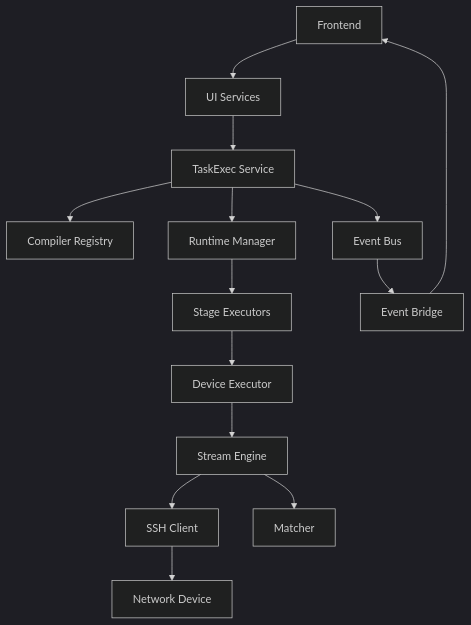
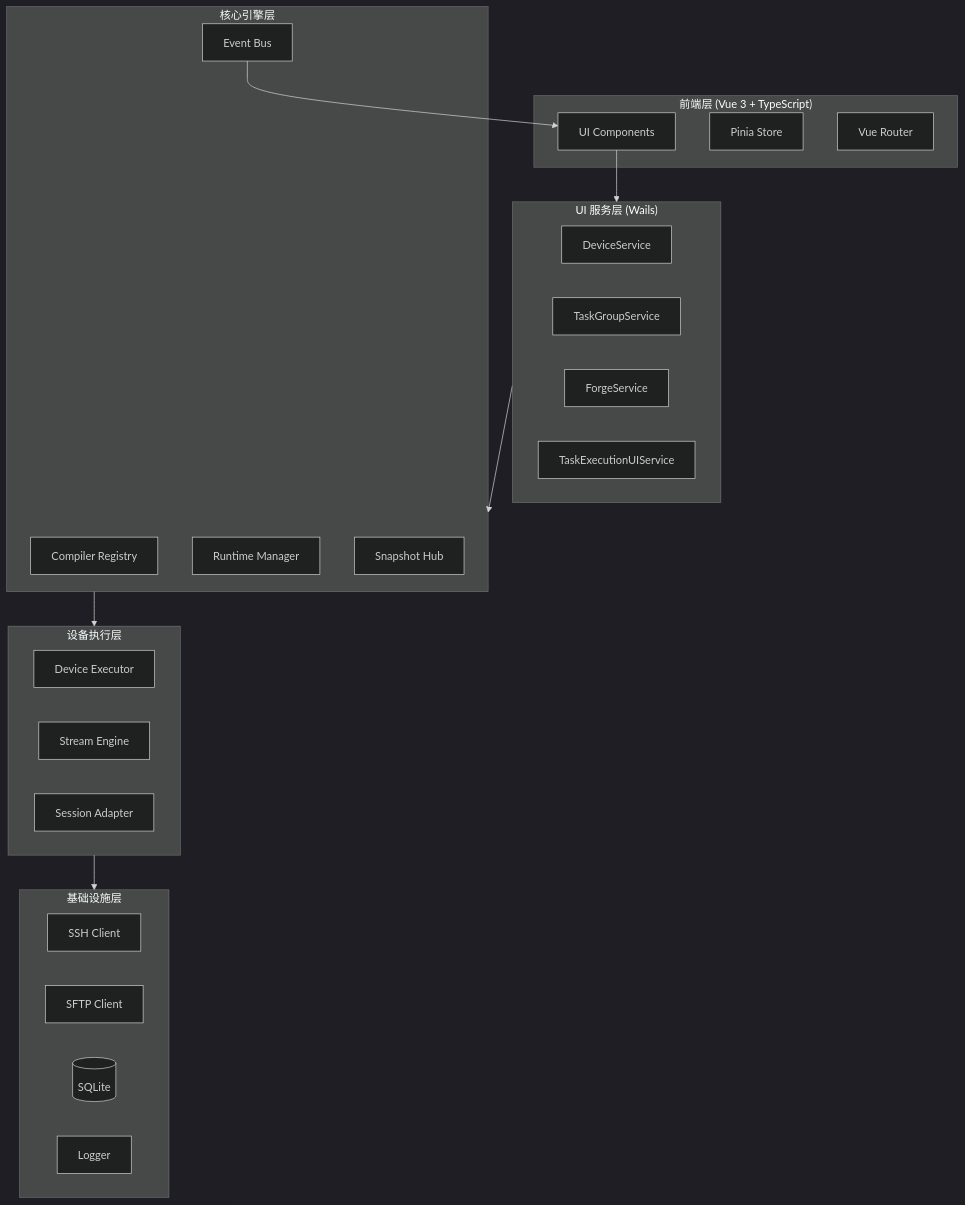
The first of 2 diagrams in README.md (DeavorWei/NetWeaverGo), drawn with Mermaid (dark theme) before and after one commit. The commit also changed other lines of this file, not shown here.

````diff
--- a/README.md
+++ b/README.md
@@ -126,16 +226,41 @@
 ```mermaid
-graph TD
-    A[Frontend] --> B[UI Services]
-    B --> C[TaskExec Service]
-    C --> D[Compiler Registry]
-    C --> E[Runtime Manager]
-    C --> F[Event Bus]
-    E --> G[Stage Executors]
-    G --> H[Device Executor]
-    H --> I[Stream Engine]
-    I --> J[SSH Client]
-    I --> K[Matcher]
-    J --> L[Network Device]
-    F --> M[Event Bridge]
-    M --> A
+graph TB
+    subgraph Frontend["前端层 (Vue 3 + TypeScript)"]
+        UI[UI Components]
+        Store[Pinia Store]
+        Router[Vue Router]
+    end
+
+    subgraph Services["UI 服务层 (Wails)"]
+        DS[DeviceService]
+        TGS[TaskGroupService]
+        FS[ForgeService]
+        TES[TaskExecutionUIService]
+    end
+
+    subgraph Core["核心引擎层"]
+        Compiler[Compiler Registry]
+        Runtime[Runtime Manager]
+        EventBus[Event Bus]
+        Snapshot[Snapshot Hub]
+    end
+
+    subgraph Executor["设备执行层"]
+        DE[Device Executor]
+        SE[Stream Engine]
+        SA[Session Adapter]
+    end
+
+    subgraph Infra["基础设施层"]
+        SSH[SSH Client]
+        SFTP[SFTP Client]
+        DB[(SQLite)]
+        Logger[Logger]
+    end
+
+    UI --> Services
+    Services --> Core
+    Core --> Executor
+    Executor --> Infra
+    EventBus --> UI
 ```
````
